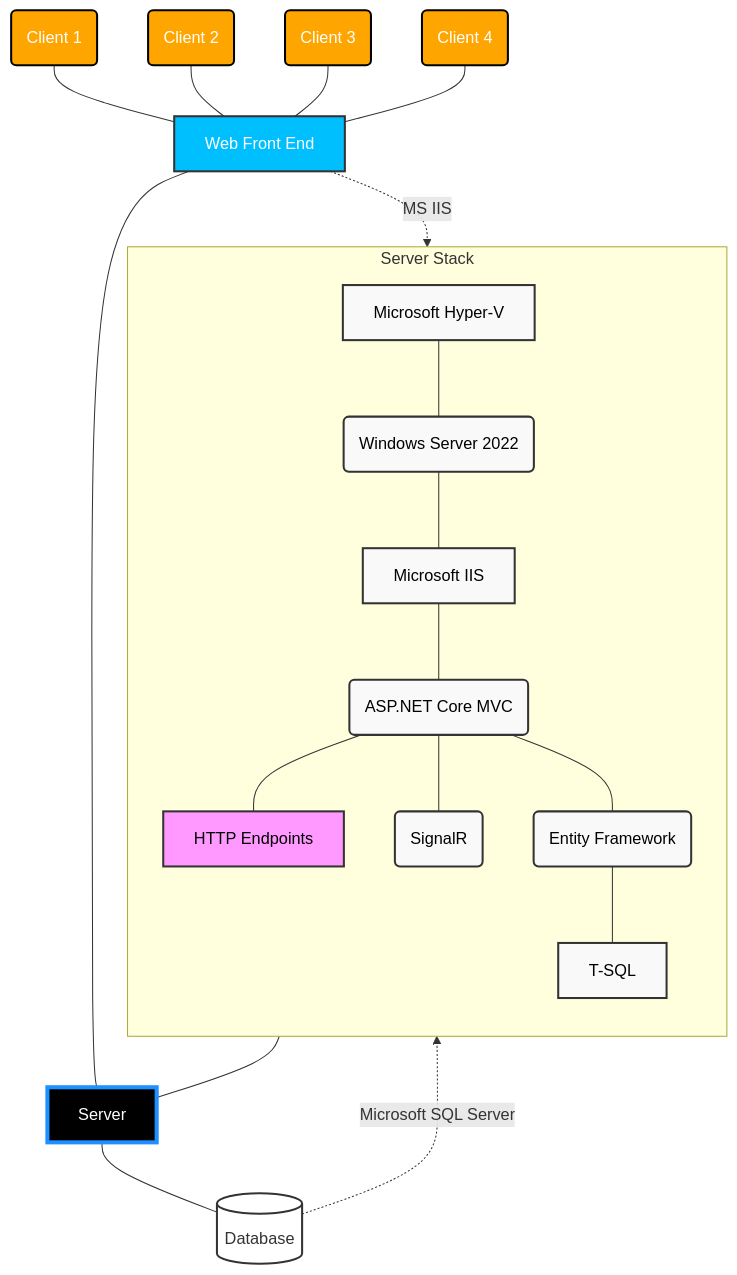
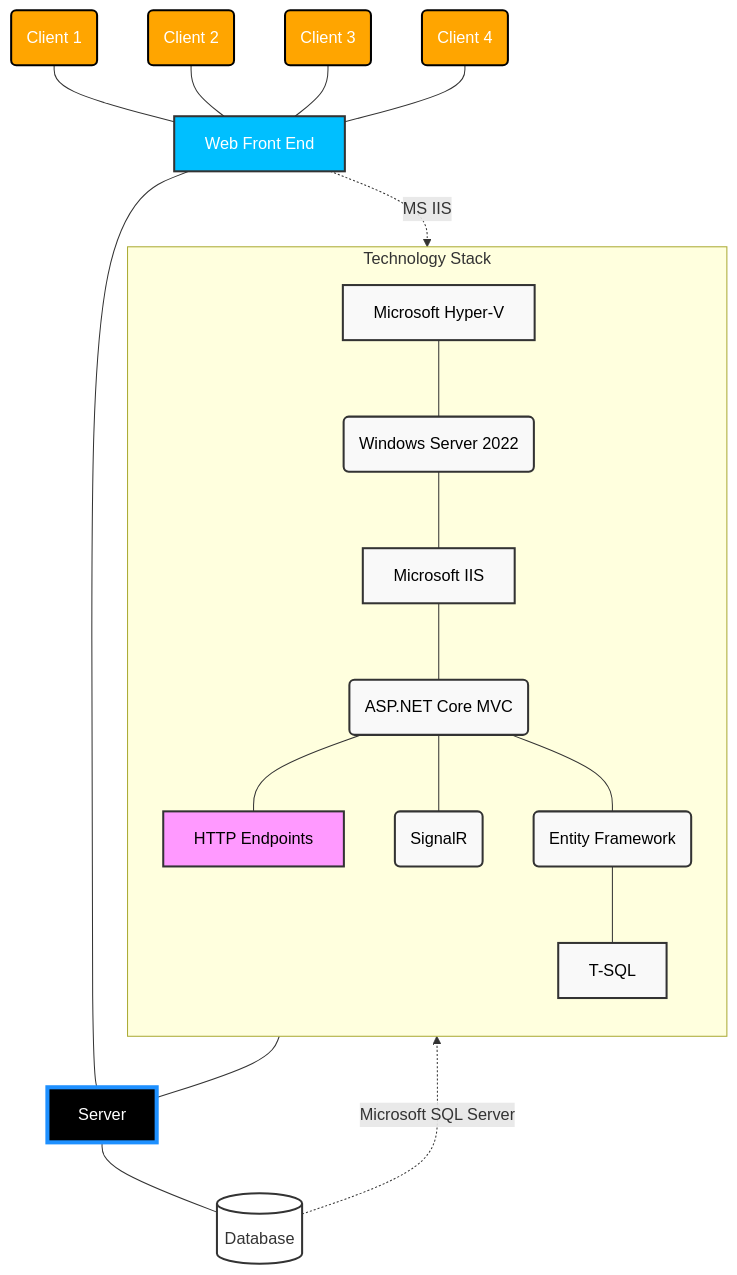
Before and after one commit to ChatZBC/ProjectNotes: the diagram in Step3.md, drawn with Mermaid.

````diff
--- a/Step3.md
+++ b/Step3.md
@@ -12,40 +12,40 @@
 ```mermaid
 graph TD
     client1(Client 1) --- webFE[Web Front End]
     client2(Client 2) --- webFE
     client3(Client 3) --- webFE
     client4(Client 4) --- webFE
     webFE --- server[Server]
     server --- db[(Database)]
     httpEndpoints[HTTP Endpoints] --- server
 
-    subgraph "Server Stack"
+    subgraph "Technology Stack"
     direction TB
         hyperV[Microsoft Hyper-V] --- winServer(Windows Server 2022)
         winServer --- iis[Microsoft IIS]
         iis --- aspNetCore(ASP.NET Core MVC)
         aspNetCore --- httpEndpoints
         aspNetCore --- signalR(SignalR)
         aspNetCore --- efCore(Entity Framework)
         efCore --- tsql[T-SQL]
     end
 
     db -.->|Microsoft SQL Server| tsql
     webFE -.->|MS IIS| iis
     %% Styling
     classDef client fill:#FFA500,stroke:#000000,stroke-width:2px,color:#FFFFFF;
     classDef server fill:#000000,stroke:#1E90FF,stroke-width:4px,color:#FFFFFF;
     classDef database fill:#FFFFFF,stroke:#333,stroke-width:2px;
     classDef stack fill:#f9f9f9,stroke:#333,stroke-width:2px,color:#000;
     classDef endpoints fill:#f9f,stroke:#333,stroke-width:2px,color:#000;
     classDef webFE fill:#00BFFF,stroke:#333,stroke-width:2px,color:#FFFFFF;
 
     class client1,client2,client3,client4 client;
     class server server;
     class db database;
     class hyperV,winServer,iis,aspNetCore,signalR,efCore,tsql stack;
     class httpEndpoints endpoints;
     class webFE webFE;
 
 
 ```
````
